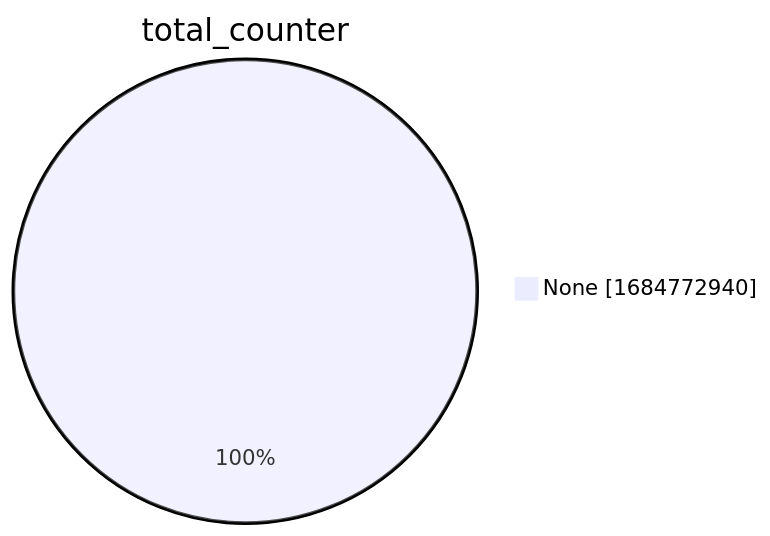
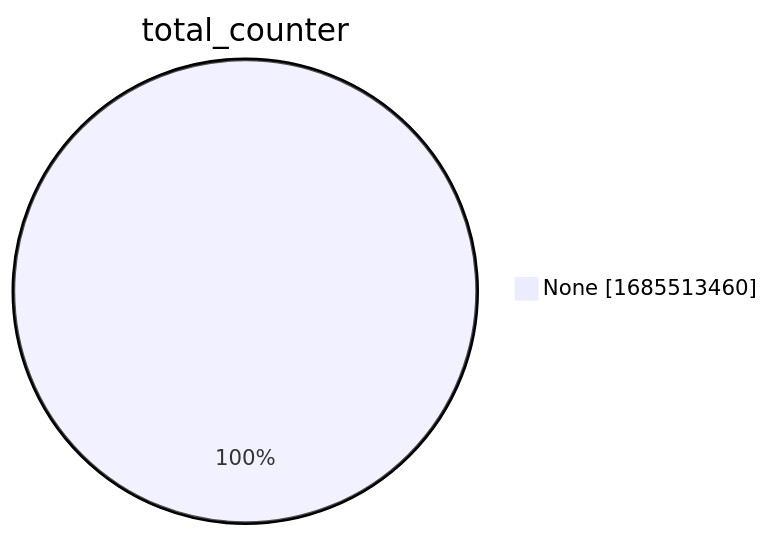
The second of 15 diagrams in xenon2022/README.md (christiankrug/ctmonitor_visualization), drawn with Mermaid before and after one commit. The commit also changed other lines of this file, not shown here.

````diff
--- a/xenon2022/README.md
+++ b/xenon2022/README.md
@@ -9,5 +9,5 @@
 ```mermaid
 pie showData
 title total_counter
-"None" :1684772940
+"None" :1685513460
 ```
````
